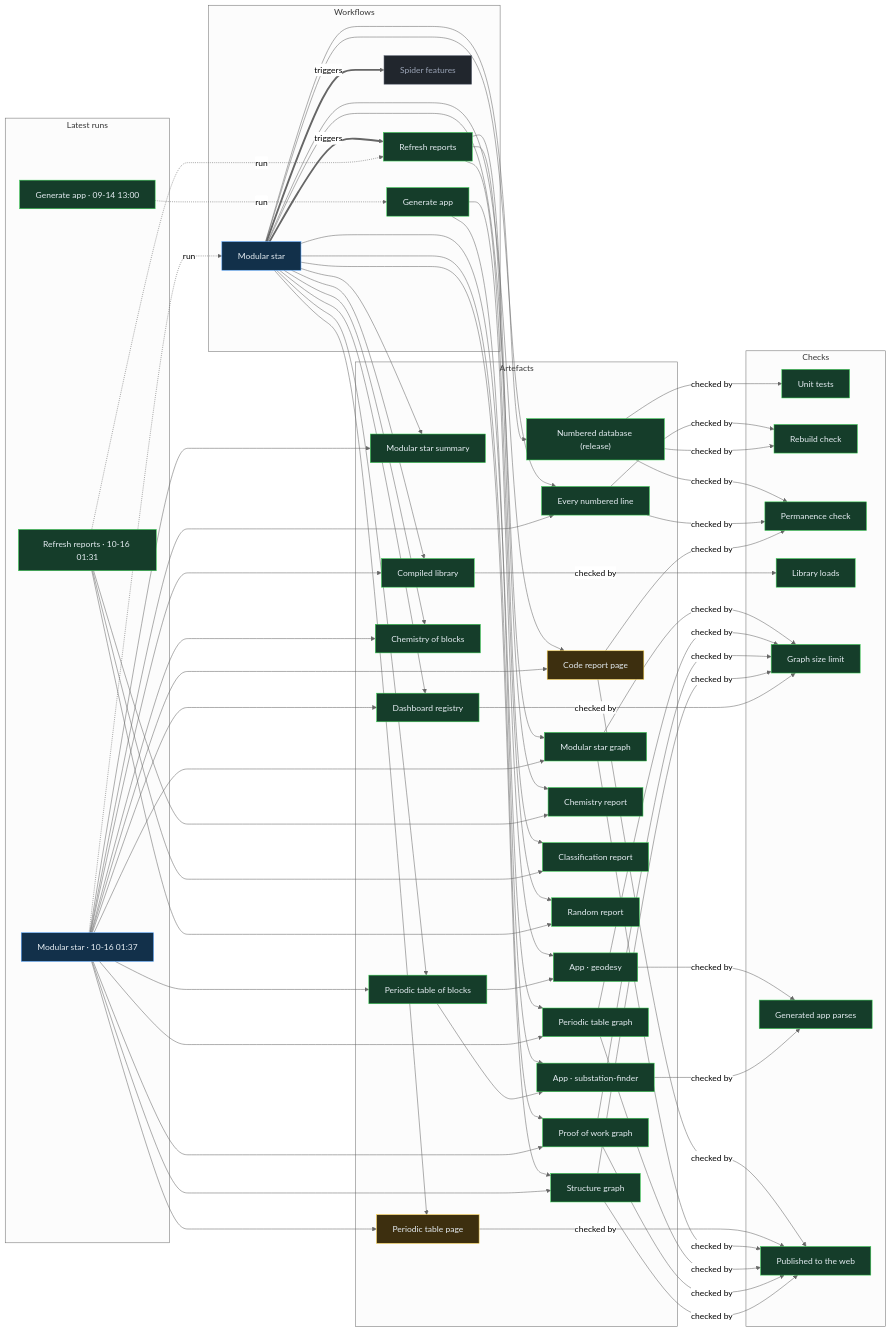
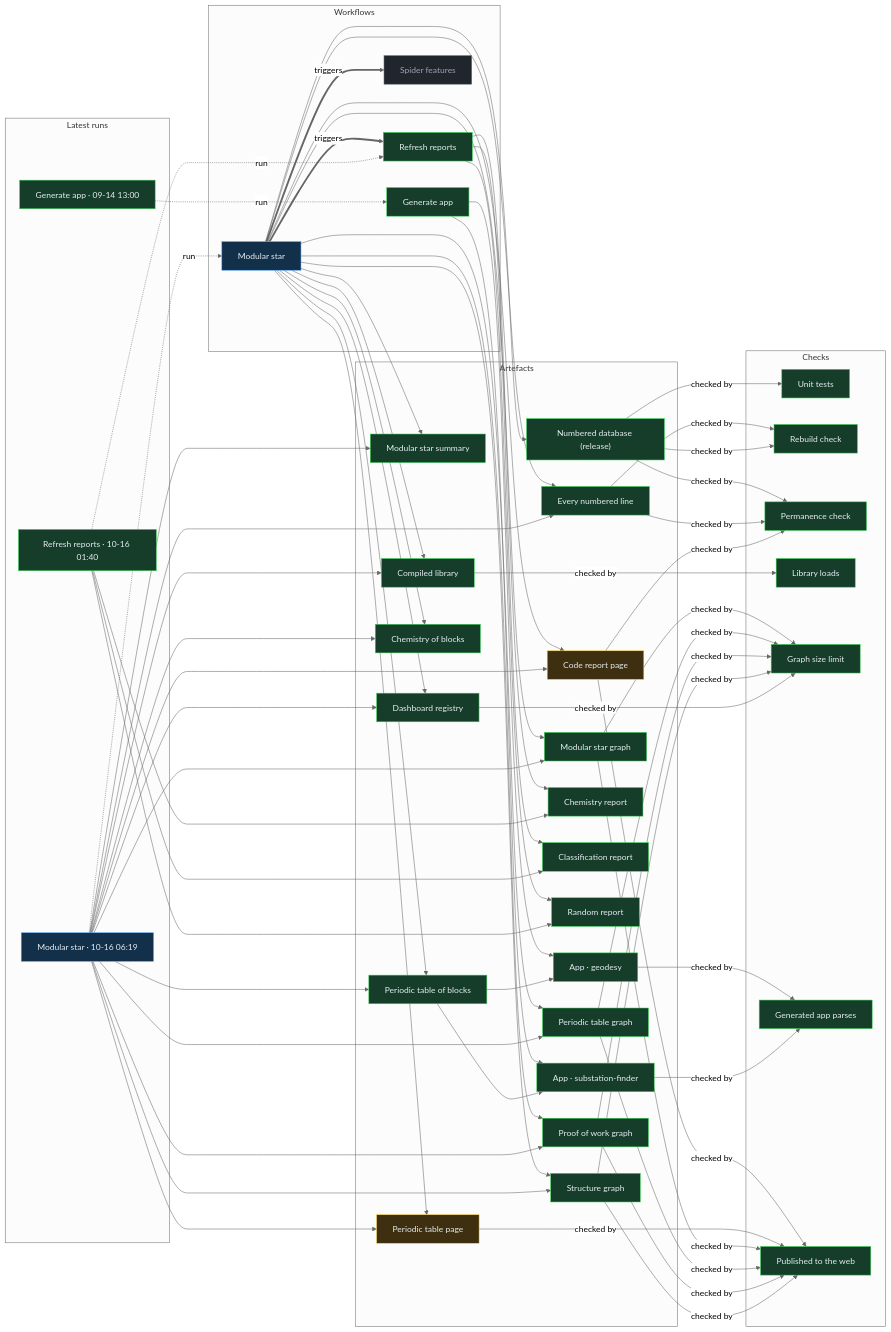
One commit to Ventusltd/stars changed the diagram in proof/PROOF.md. Above: the diagram before and after it, drawn with Mermaid (neutral theme). The commit also changed other lines of this file and 44 other files, not shown here.

Commit message:
Modular star 2026-10-16T06:22Z

```diff
--- a/proof/PROOF.md
+++ b/proof/PROOF.md
@@ -24,8 +24,8 @@
   n_wf_spider_features["Spider features"]:::off
   end
   subgraph g_runs["Latest runs"]
-  n_run_38836105323["Modular star · 10-16 01:37"]:::live
-  n_run_38835543457["Refresh reports · 10-16 01:31"]:::ok
+  n_run_38860563416["Modular star · 10-16 06:19"]:::live
+  n_run_38836372228["Refresh reports · 10-16 01:40"]:::ok
   n_run_34846587798["Generate app · 09-14 13:00"]:::ok
   end
   subgraph g_artefacts["Artefacts"]
@@ -59,39 +59,39 @@
   end
   n_wf_modular_star == triggers ==> n_wf_refresh
   n_wf_modular_star == triggers ==> n_wf_spider_features
-  n_run_38836105323 -. run .-> n_wf_modular_star
-  n_run_38835543457 -. run .-> n_wf_refresh
+  n_run_38860563416 -. run .-> n_wf_modular_star
+  n_run_38836372228 -. run .-> n_wf_refresh
   n_run_34846587798 -. run .-> n_wf_generate
   n_wf_modular_star --> n_art_summary
-  n_run_38836105323 --> n_art_summary
+  n_run_38860563416 --> n_art_summary
   n_wf_modular_star --> n_art_lines
-  n_run_38836105323 --> n_art_lines
+  n_run_38860563416 --> n_art_lines
   n_wf_modular_star --> n_art_code
-  n_run_38836105323 --> n_art_code
+  n_run_38860563416 --> n_art_code
   n_wf_modular_star --> n_art_modular_graph
-  n_run_38836105323 --> n_art_modular_graph
+  n_run_38860563416 --> n_art_modular_graph
   n_wf_modular_star --> n_art_blocks
-  n_run_38836105323 --> n_art_blocks
+  n_run_38860563416 --> n_art_blocks
   n_wf_modular_star --> n_art_table
-  n_run_38836105323 --> n_art_table
+  n_run_38860563416 --> n_art_table
   n_wf_modular_star --> n_art_blocks_graph
-  n_run_38836105323 --> n_art_blocks_graph
+  n_run_38860563416 --> n_art_blocks_graph
   n_wf_modular_star --> n_art_reactions
-  n_run_38836105323 --> n_art_reactions
+  n_run_38860563416 --> n_art_reactions
   n_wf_modular_star --> n_art_library
-  n_run_38836105323 --> n_art_library
+  n_run_38860563416 --> n_art_library
   n_wf_modular_star --> n_art_features
-  n_run_38836105323 --> n_art_features
+  n_run_38860563416 --> n_art_features
   n_wf_modular_star --> n_art_proof
-  n_run_38836105323 --> n_art_proof
+  n_run_38860563416 --> n_art_proof
   n_wf_modular_star --> n_art_structure
-  n_run_38836105323 --> n_art_structure
+  n_run_38860563416 --> n_art_structure
   n_wf_refresh --> n_art_chemistry
-  n_run_38835543457 --> n_art_chemistry
+  n_run_38836372228 --> n_art_chemistry
   n_wf_refresh --> n_art_vedic
-  n_run_38835543457 --> n_art_vedic
+  n_run_38836372228 --> n_art_vedic
   n_wf_refresh --> n_art_random
-  n_run_38835543457 --> n_art_random
+  n_run_38836372228 --> n_art_random
   n_wf_modular_star --> n_art_release
   n_wf_generate --> n_app_geodesy
   n_art_blocks --> n_app_geodesy
```
